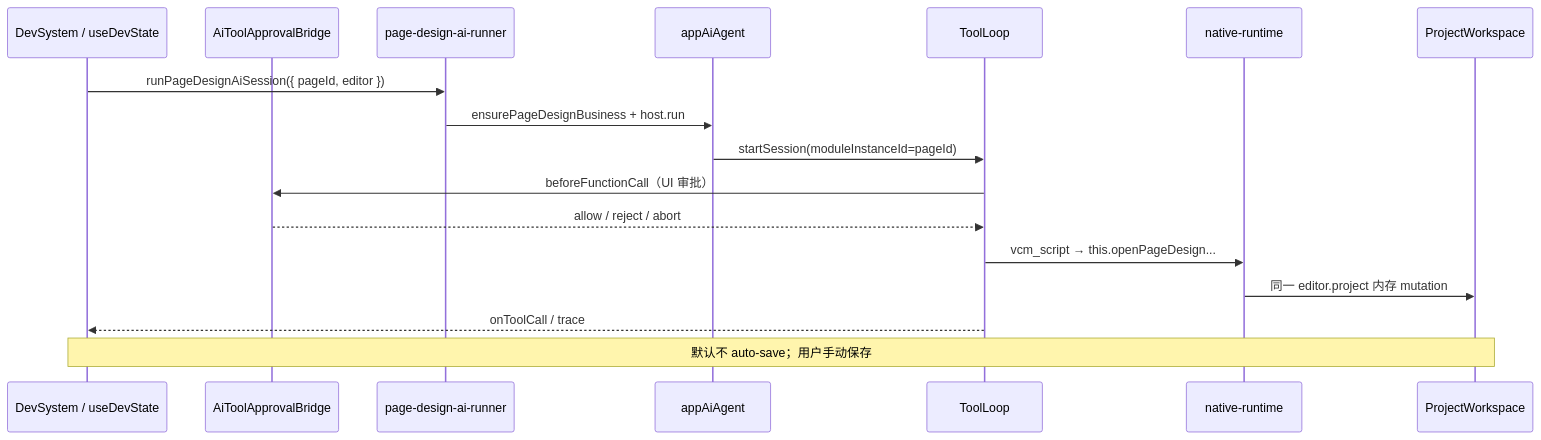
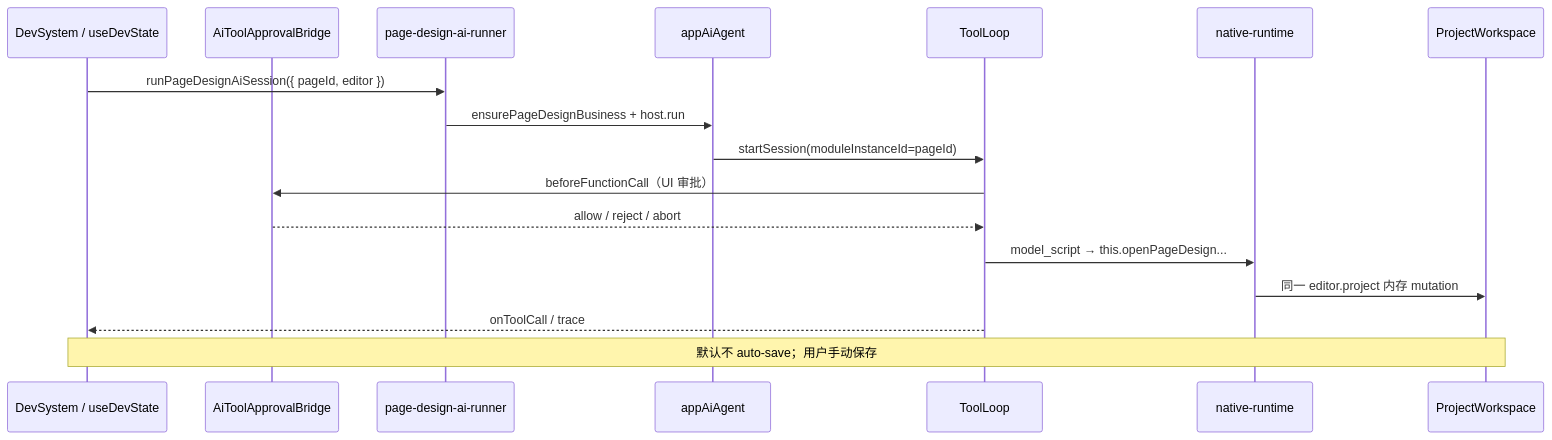
One commit to LMSpark/spark-view-vue changed the diagram in packages/spark-ai/docs/pagedesign-devsystem-zh-cn.md. Above: the diagram before and after it, drawn with Mermaid. The commit also changed other lines of this file and 283 other files, not shown here.

````diff
--- a/packages/spark-ai/docs/pagedesign-devsystem-zh-cn.md
+++ b/packages/spark-ai/docs/pagedesign-devsystem-zh-cn.md
@@ -7,20 +7,20 @@
 ```mermaid
 sequenceDiagram
   participant UI as DevSystem / useDevState
   participant Bridge as AiToolApprovalBridge
   participant Runner as page-design-ai-runner
   participant Host as appAiAgent
   participant TL as ToolLoop
   participant NR as native-runtime
   participant WS as ProjectWorkspace
 
   UI->>Runner: runPageDesignAiSession({ pageId, editor })
   Runner->>Host: ensurePageDesignBusiness + host.run
   Host->>TL: startSession(moduleInstanceId=pageId)
   TL->>Bridge: beforeFunctionCall（UI 审批）
   Bridge-->>TL: allow / reject / abort
-  TL->>NR: vcm_script → this.openPageDesign...
+  TL->>NR: model_script → this.openPageDesign...
   NR->>WS: 同一 editor.project 内存 mutation
   TL-->>UI: onToolCall / trace
   Note over UI,WS: 默认不 auto-save；用户手动保存
 ```
````
